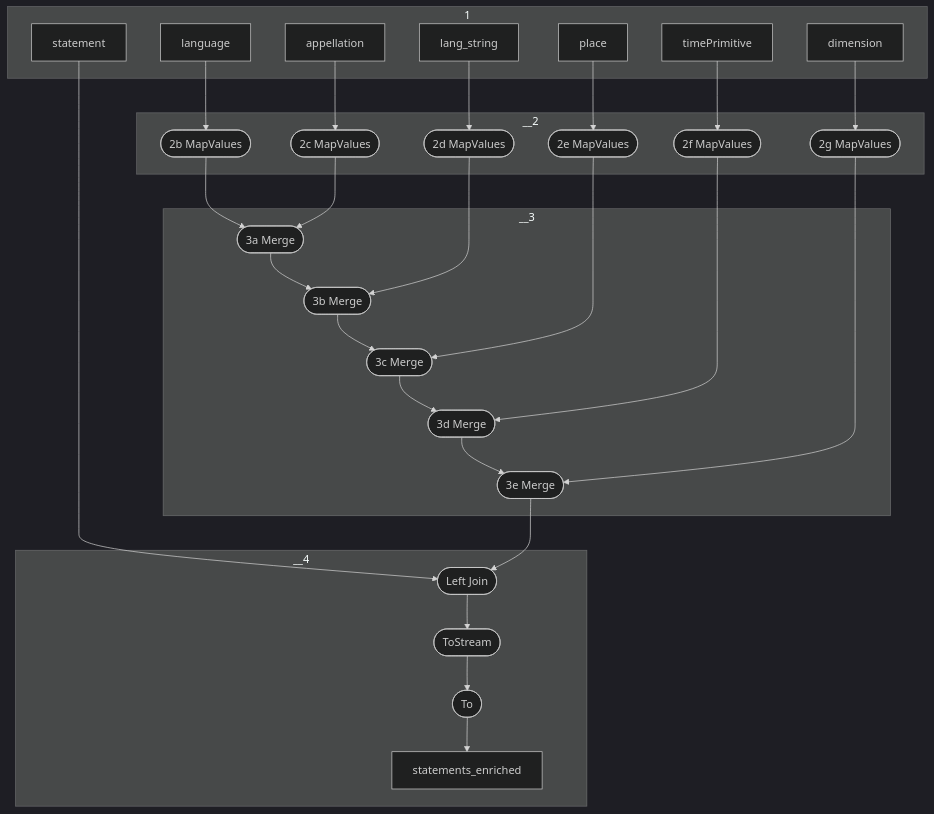
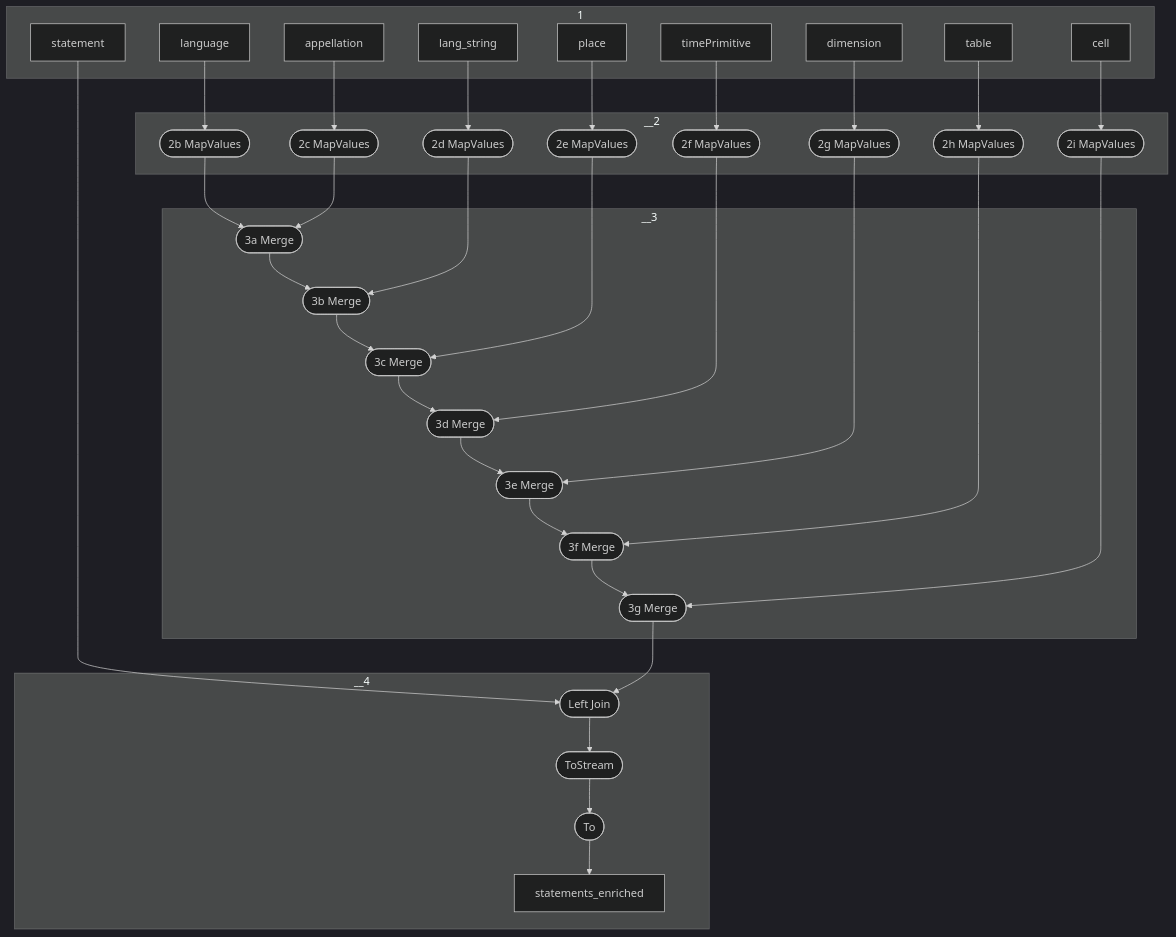
One commit to geovistory/toolbox-streams changed the diagram in app/src/main/java/org/geovistory/toolbox/streams/topologies/StatementEnriched.md. Above: the diagram before and after it, drawn with Mermaid (dark theme). The commit also changed 14 other files, not shown here.

````diff
--- a/app/src/main/java/org/geovistory/toolbox/streams/topologies/StatementEnriched.md
+++ b/app/src/main/java/org/geovistory/toolbox/streams/topologies/StatementEnriched.md
@@ -5,43 +5,51 @@
 ```mermaid
 flowchart TD
     1a-->4a
     1b-->2b-->3a
     1c-->2c-->3a-->3b
     1d-->2d-->3b-->3c 
     1e-->2e-->3c-->3d 
     1f-->2f-->3d-->3e 
-    1g-->2g-->3e-->4a-->4b-->4c-->4d
+    1g-->2g-->3e-->3f
+    1h-->2h-->3f-->3g 
+    1i-->2i-->3g-->4a-->4b-->4c-->4d
        
     subgraph 1
         1a[statement]
         1b[language]
         1c[appellation]
         1d[lang_string]
         1e[place]
         1f[timePrimitive]
         1g[dimension]
+        1h[table]
+        1i[cell]
     end
     subgraph __2
         2b([2b MapValues])
         2c([2c MapValues])
         2d([2d MapValues])
         2e([2e MapValues])
         2f([2f MapValues])
         2g([2g MapValues])
+        2h([2h MapValues])
+        2i([2i MapValues])
        
     end  
     subgraph __3
         3a([3a Merge])
         3b([3b Merge])
         3c([3c Merge])
         3d([3d Merge])
         3e([3e Merge])
+        3f([3f Merge])
+        3g([3g Merge])
     end  
     subgraph __4
         4a([Left Join])
         4b([ToStream])
         4c([To])
         4d[statements_enriched]
     end  
     
 ```
````
